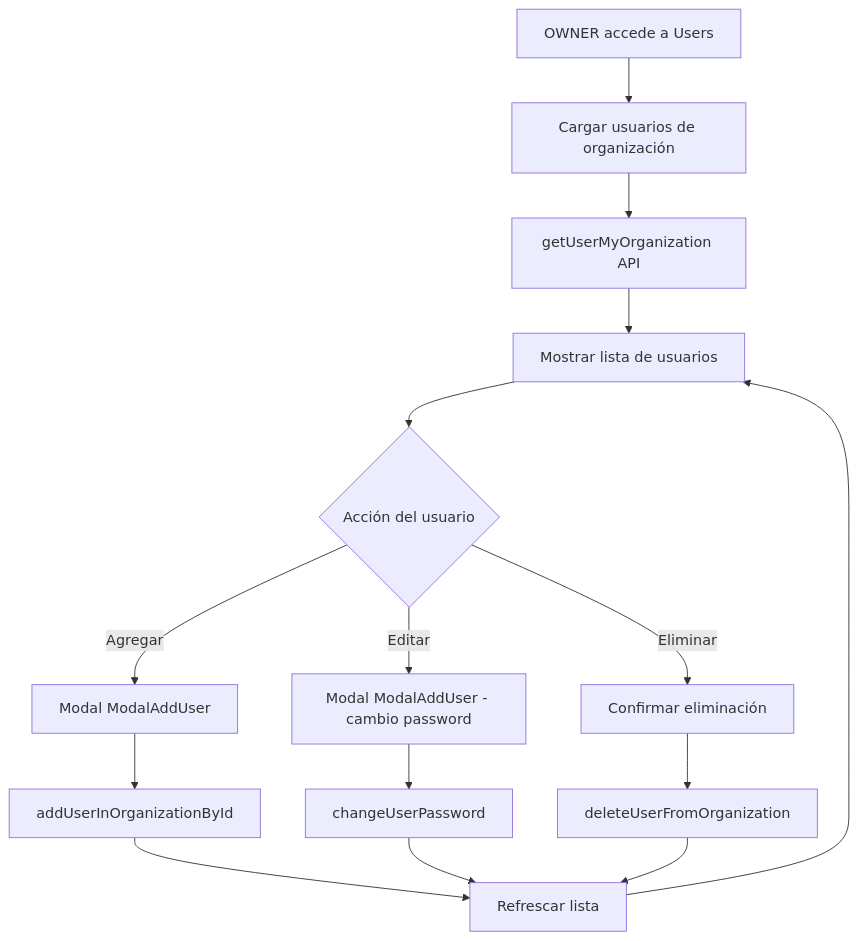
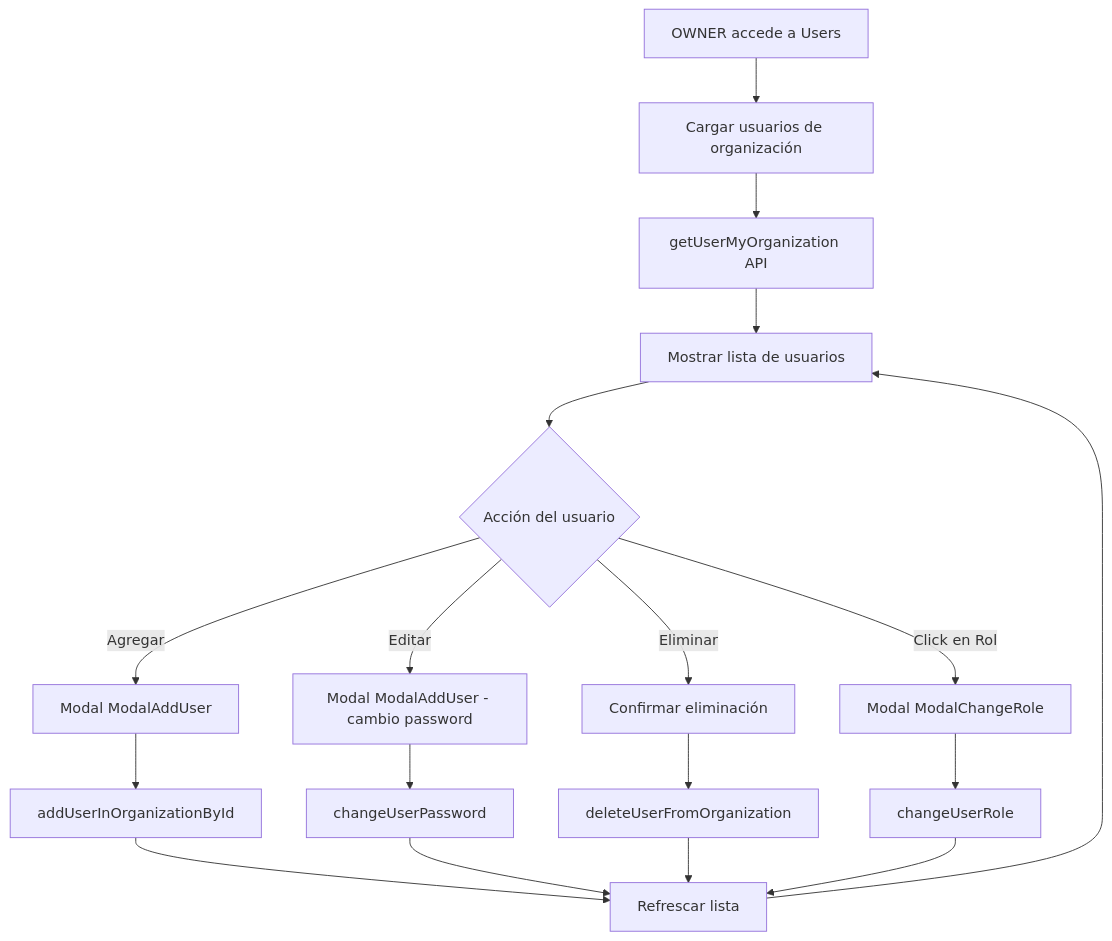
Before and after one commit to ConverxaDevTeam/chat-frontend: the diagram in docu/users_organization_use_case.md, drawn with Mermaid. The commit also changed other lines of this file and 7 other files, not shown here.

Commit message:
Add user role change functionality

````diff
--- a/docu/users_organization_use_case.md
+++ b/docu/users_organization_use_case.md
@@ -9,20 +9,23 @@
 ```mermaid
 flowchart TD
     A[OWNER accede a Users] --> B[Cargar usuarios de organización]
     B --> C[getUserMyOrganization API]
     C --> D[Mostrar lista de usuarios]
     
     D --> E{Acción del usuario}
     E -->|Agregar| F[Modal ModalAddUser]
     E -->|Editar| G[Modal ModalAddUser - cambio password]
     E -->|Eliminar| H[Confirmar eliminación]
+    E -->|Click en Rol| M[Modal ModalChangeRole]
     
     F --> I[addUserInOrganizationById]
     G --> J[changeUserPassword]
     H --> K[deleteUserFromOrganization]
+    M --> N[changeUserRole]
     
     I --> L[Refrescar lista]
     J --> L
     K --> L
+    N --> L
     L --> D
 ```
````
